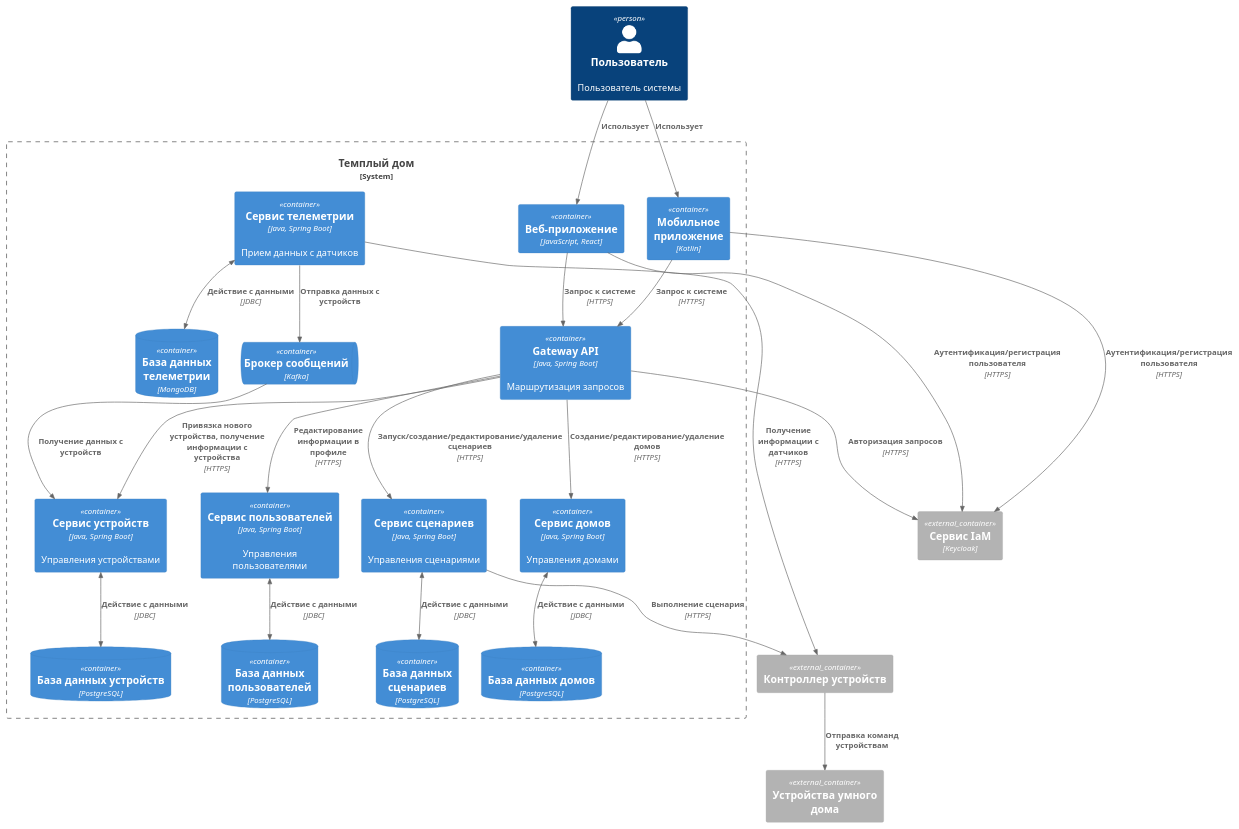
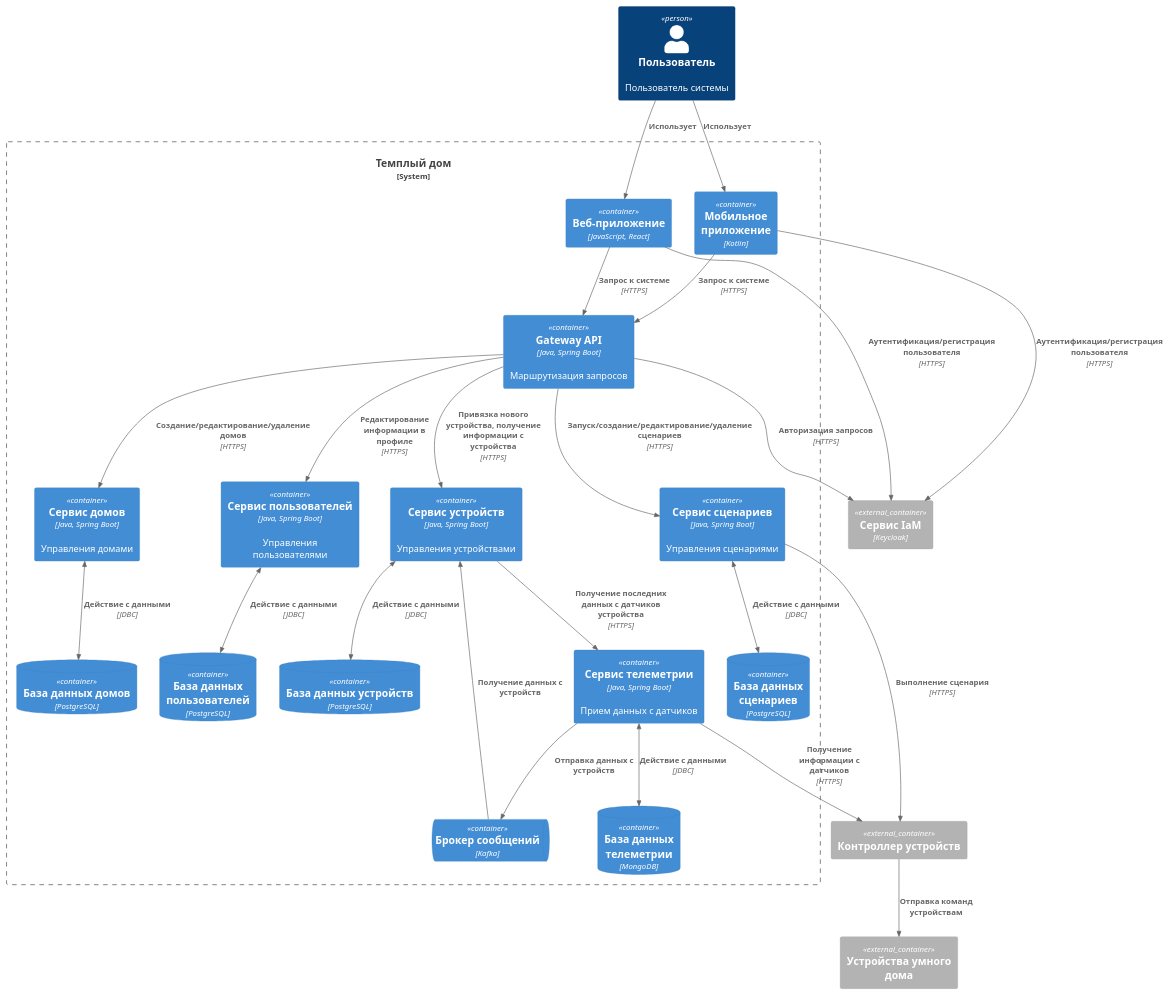
Before and after one commit to EvgenyMaklakov/architecture-sprint-3: the diagram in docs/container-diag.puml, drawn with PlantUML. The commit also changed 6 other files, not shown here.

```diff
--- a/docs/container-diag.puml
+++ b/docs/container-diag.puml
@@ -1,64 +1,65 @@
 @startuml "warmhouse"
-!include https://raw.githubusercontent.com/plantuml-stdlib/C4-PlantUML/master/C4_Container.puml
+!include C4_Container.puml
 
 Person(user, "Пользователь", "Пользователь системы")
 
 System_Boundary(warmhouse, "Темплый дом"){
     Container(webApp, "Веб-приложение", "JavaScript, React")
     Container(mobileApp, "Мобильное приложение", "Kotlin")
     Container(gateway, "Gateway API", "Java, Spring Boot", "Маршрутизация запросов")
     Container(userService, "Сервис пользователей", "Java, Spring Boot", "Управления пользователями")
     Container(deviceService, "Сервис устройств", "Java, Spring Boot", "Управления устройствами")
     Container(scriptsService, "Сервис сценариев", "Java, Spring Boot", "Управления сценариями")
     Container(houseService, "Сервис домов", "Java, Spring Boot", "Управления домами")
     Container(telemetryService, "Сервис телеметрии", "Java, Spring Boot", "Прием данных с датчиков")
     ContainerDb(dbUserService, "База данных пользователей", "PostgreSQL")
     ContainerDb(dbDeviceService, "База данных устройств", "PostgreSQL")
     ContainerDb(dbScriptsService, "База данных сценариев", "PostgreSQL")
     ContainerDb(dbHouseService, "База данных домов", "PostgreSQL")
     ContainerDb(dbTelemetryService, "База данных телеметрии", "MongoDB")
     ContainerQueue(kafka, "Брокер сообщений", "Kafka")
     }
 
 Container_Ext(authSerice, "Сервис IaM", "Keycloak")
 Container_Ext(controllerDevicesExternal, "Контроллер устройств")
 Container_Ext(deviceExternal, "Устройства умного дома")
 
 Rel(controllerDevicesExternal, deviceExternal, "Отправка команд устройствам")
 
 ' user to apps
 Rel(user, webApp, "Использует")
 Rel(user, mobileApp, "Использует")
 
 ' apps to
 Rel(webApp, gateway, "Запрос к системе", "HTTPS")
 Rel(mobileApp, gateway, "Запрос к системе", "HTTPS")
 Rel(webApp, authSerice, "Аутентификация/регистрация пользователя", "HTTPS")
 Rel(mobileApp, authSerice, "Аутентификация/регистрация пользователя", "HTTPS")
 
 
 ' gateway to services
 Rel(gateway, authSerice, "Авторизация запросов", "HTTPS")
 Rel(gateway, userService, "Редактирование информации в профиле", "HTTPS")
 Rel(gateway, deviceService, "Привязка нового устройства, получение информации с устройства", "HTTPS")
 Rel(gateway, scriptsService, "Запуск/cоздание/редактирование/удаление сценариев", "HTTPS")
 Rel(gateway, houseService, "Создание/редактирование/удаление домов", "HTTPS")
 
 ' kafka to
 Rel(kafka, deviceService, "Получение данных с устройств")
 
 ' services to kafka
 Rel(telemetryService, kafka, "Отправка данных с устройств")
 
 ' services to db
 BiRel(userService, dbUserService, "Действие с данными", "JDBC")
 BiRel(deviceService, dbDeviceService, "Действие с данными", "JDBC")
 BiRel(scriptsService, dbScriptsService, "Действие с данными", "JDBC")
 BiRel(houseService, dbHouseService, "Действие с данными", "JDBC")
 BiRel(telemetryService, dbTelemetryService, "Действие с данными", "JDBC")
 
 ' services to
 Rel(telemetryService, controllerDevicesExternal, "Получение информации с датчиков", "HTTPS")
 Rel(scriptsService, controllerDevicesExternal, "Выполнение сценария", "HTTPS")
+Rel(deviceService, telemetryService, "Получение последних данных с датчиков устройства", "HTTPS")
 
 @enduml
```
